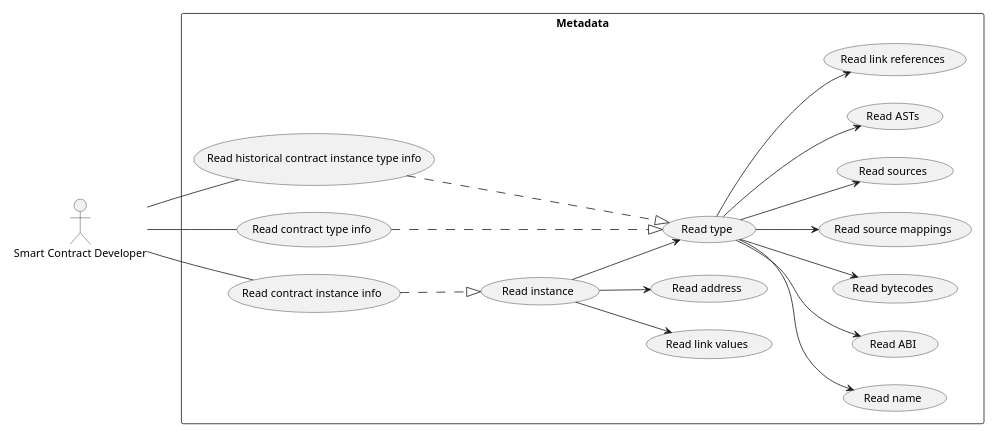
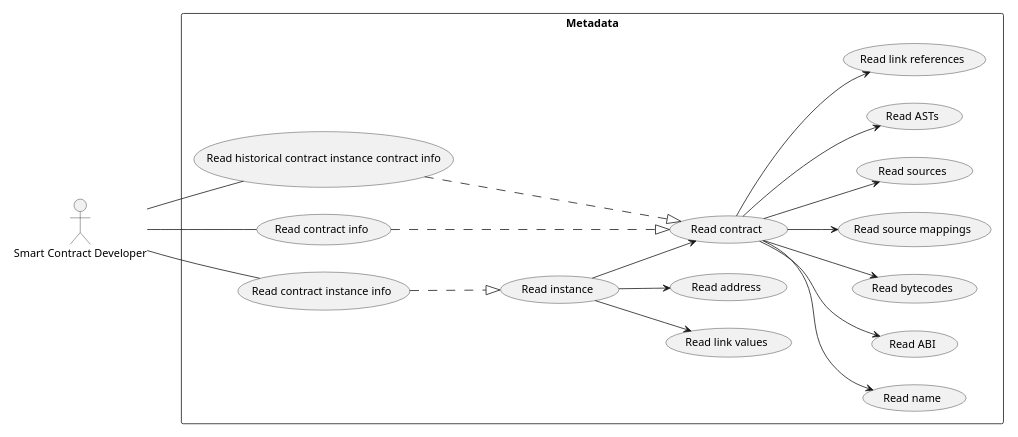
The third of 9 diagrams in docs/requirements/truffle.rst (trufflesuite/artifact-updates), drawn with PlantUML before and after one commit. The commit also changed other lines of this file and 4 other files, not shown here.

Commit message:
Update glossary to include additional parts of data model, and remove contract type since no longer relevant

```diff
--- a/docs/requirements/truffle.rst
+++ b/docs/requirements/truffle.rst
@@ -163,48 +163,48 @@
 .. uml::
 
   scale 0.60
   left to right direction
 
   :Smart Contract Developer: as :SmartContractDev:
 
   rectangle Metadata {
     (Read contract instance info) as (ReadContractInstance)
-    (Read contract type info) as (ReadContractType)
-    (Read historical contract instance type info) as (ReadHistoricalInstanceType)
+    (Read contract info) as (ReadContract)
+    (Read historical contract instance contract info) as (ReadHistoricalInstanceContract)
 
     (Read instance) as (ReadInstanceData)
-    (Read type) as (ReadTypeData)
+    (Read contract) as (ReadContractData)
 
     ReadInstanceData <|.up. ReadContractInstance
-    ReadTypeData <|.up.. ReadContractType
-    ReadTypeData <|.up.. ReadHistoricalInstanceType
+    ReadContractData <|.up.. ReadContract
+    ReadContractData <|.up.. ReadHistoricalInstanceContract
 
     ' both
     (Read name) as (ReadName)
     (Read ABI) as (ReadABI)
     (Read bytecodes) as (ReadBytecodes)
     (Read source mappings) as (ReadSourceMaps)
     (Read link values) as (ReadLinkVals)
     (Read sources) as (ReadSources)
     (Read ASTs) as (ReadASTs)
 
     ' instance
     (Read link references) as (ReadLinkRefs)
     (Read address) as (ReadAddress)
 
-    ReadTypeData --> ReadName
-    ReadTypeData --> ReadABI
-    ReadTypeData --> ReadBytecodes
-    ReadTypeData --> ReadSourceMaps
-    ReadTypeData --> ReadLinkRefs
-    ReadTypeData --> ReadSources
-    ReadTypeData --> ReadASTs
+    ReadContractData --> ReadName
+    ReadContractData --> ReadABI
+    ReadContractData --> ReadBytecodes
+    ReadContractData --> ReadSourceMaps
+    ReadContractData --> ReadLinkRefs
+    ReadContractData --> ReadSources
+    ReadContractData --> ReadASTs
 
-    ReadInstanceData --> ReadTypeData
+    ReadInstanceData --> ReadContractData
     ReadInstanceData --> ReadLinkVals
     ReadInstanceData --> ReadAddress
   }
 
   SmartContractDev -- ReadContractInstance
-  SmartContractDev -- ReadContractType
-  SmartContractDev -- ReadHistoricalInstanceType
+  SmartContractDev -- ReadContract
+  SmartContractDev -- ReadHistoricalInstanceContract
```
